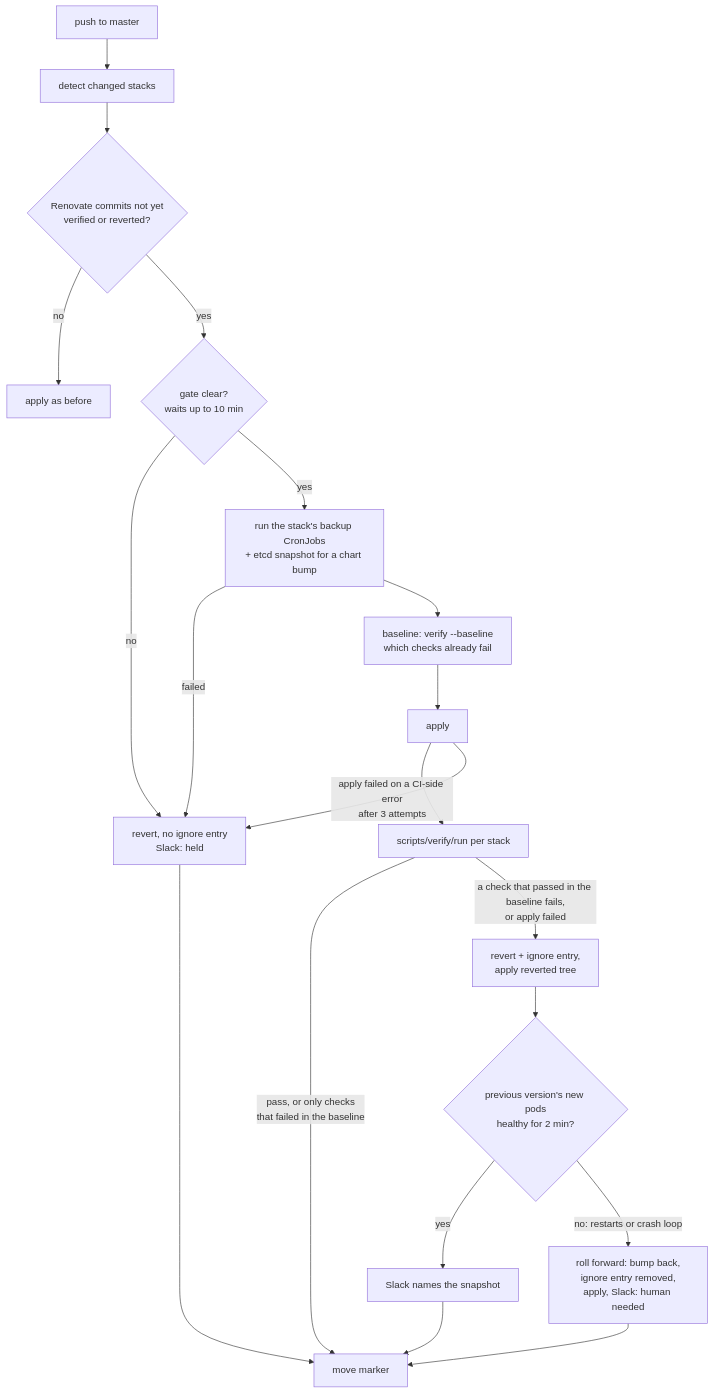
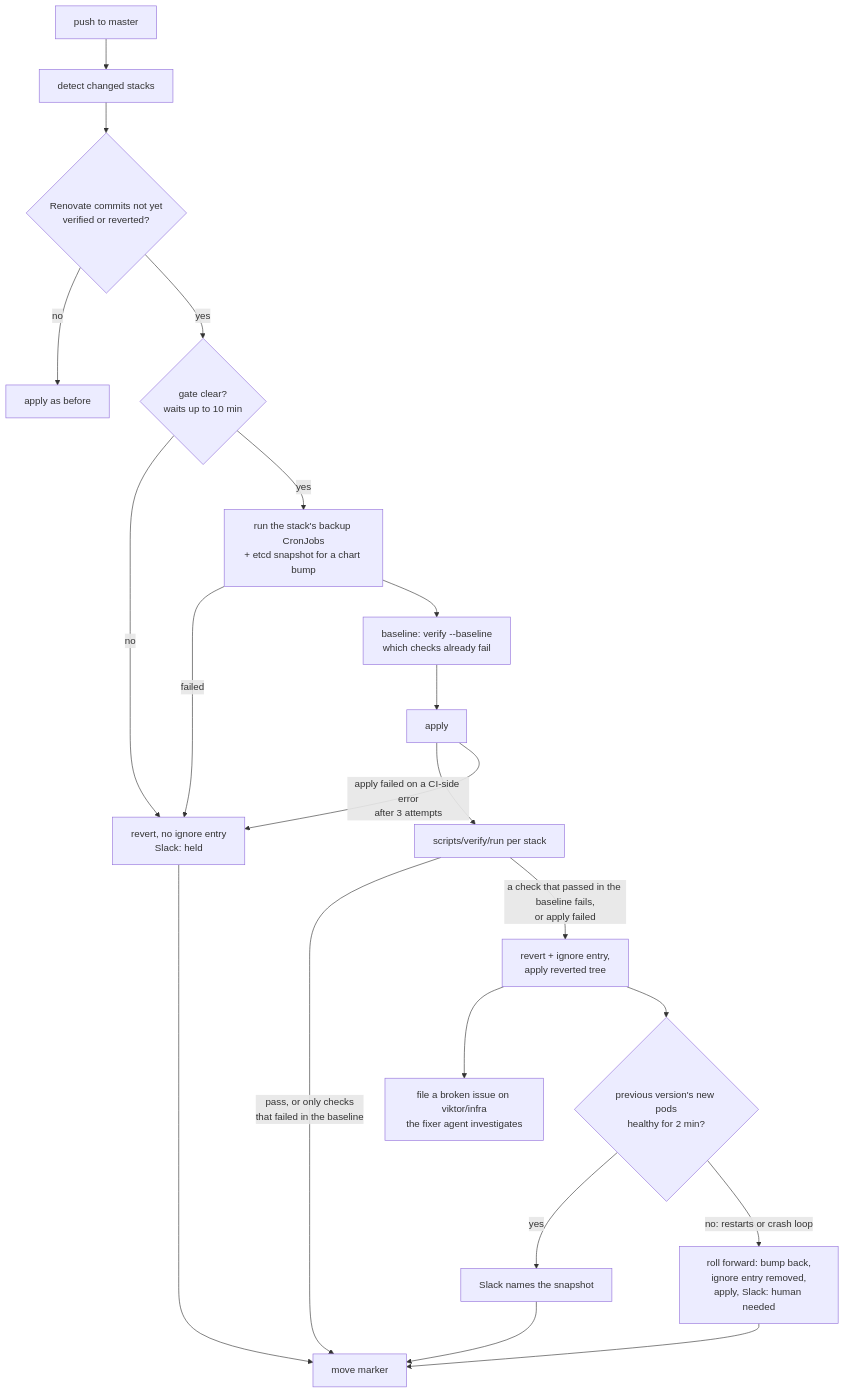
One commit to ViktorBarzin/infra changed the diagram in docs/runbooks/renovate.md. Above: the diagram before and after it, drawn with Mermaid. The commit also changed other lines of this file and 4 other files, not shown here.

````diff
--- a/docs/runbooks/renovate.md
+++ b/docs/runbooks/renovate.md
@@ -41,22 +41,23 @@
 ```mermaid
 flowchart TD
   P[push to master] --> D[detect changed stacks]
   D --> R{Renovate commits not yet<br/>verified or reverted?}
   R -->|no| A[apply as before]
   R -->|yes| G{gate clear?<br/>waits up to 10 min}
   G -->|no| H[revert, no ignore entry<br/>Slack: held]
   G -->|yes| S[run the stack's backup CronJobs<br/>+ etcd snapshot for a chart bump]
   S -->|failed| H
   S --> B[baseline: verify --baseline<br/>which checks already fail]
   B --> A2[apply]
   A2 --> V[scripts/verify/run per stack]
   V -->|pass, or only checks<br/>that failed in the baseline| M[move marker]
   A2 -->|apply failed on a CI-side error<br/>after 3 attempts| H
   V -->|a check that passed in the baseline fails,<br/>or apply failed| F[revert + ignore entry,<br/>apply reverted tree]
+  F --> I[file a broken issue on viktor/infra<br/>the fixer agent investigates]
   F --> W{previous version's new pods<br/>healthy for 2 min?}
   W -->|yes| FS[Slack names the snapshot]
   W -->|no: restarts or crash loop| RF[roll forward: bump back,<br/>ignore entry removed,<br/>apply, Slack: human needed]
   FS --> M
   RF --> M
   H --> M
 ```
````
